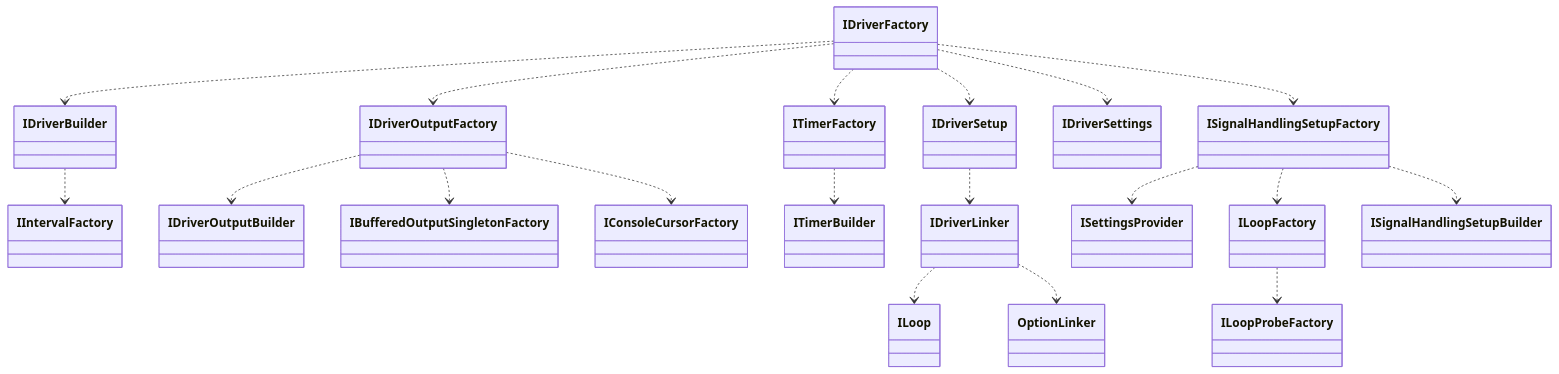
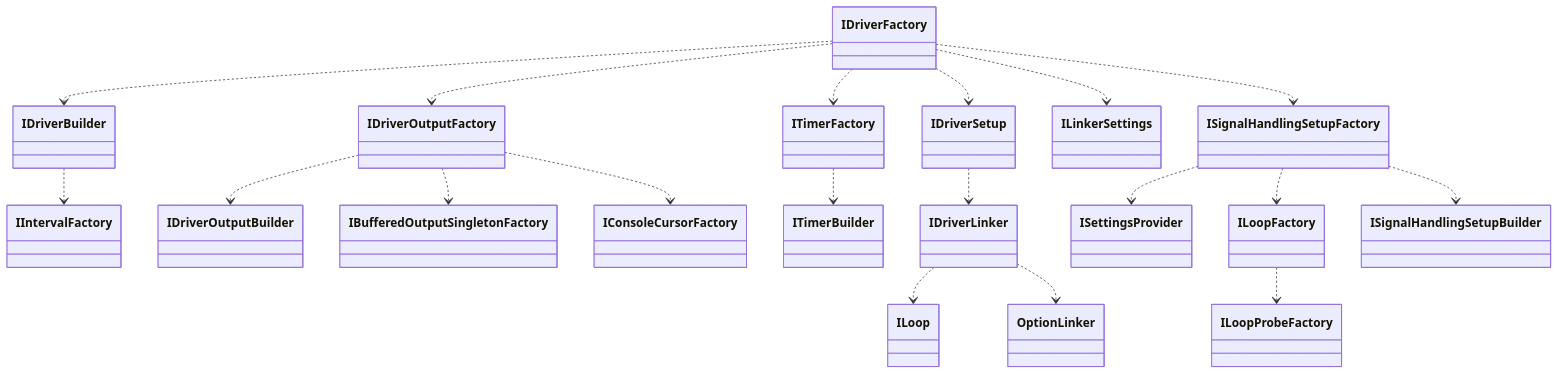
Before and after one commit to alecrabbit/php-console-spinner: the third of 4 diagrams in doc/.info/chart/services.md, drawn with Mermaid. The commit also changed 44 other files, not shown here.

````diff
--- a/doc/.info/chart/services.md
+++ b/doc/.info/chart/services.md
@@ -72,30 +72,30 @@
 ```mermaid
 classDiagram
     direction TB
     IDriverFactory ..> IDriverBuilder
     IDriverFactory ..> IDriverOutputFactory
     IDriverFactory ..> ITimerFactory
     IDriverFactory ..> IDriverSetup
-    IDriverFactory ..> IDriverSettings
+    IDriverFactory ..> ILinkerSettings
     IDriverFactory ..> ISignalHandlingSetupFactory
     
     IDriverBuilder ..> IIntervalFactory
     
     ISignalHandlingSetupFactory ..> ISettingsProvider
     ISignalHandlingSetupFactory ..> ILoopFactory
     ISignalHandlingSetupFactory ..> ISignalHandlingSetupBuilder
     
     IDriverOutputFactory ..> IDriverOutputBuilder
     IDriverOutputFactory ..> IBufferedOutputSingletonFactory
     IDriverOutputFactory ..> IConsoleCursorFactory
 
     ITimerFactory ..> ITimerBuilder
     
     IDriverSetup ..> IDriverLinker
     
     IDriverLinker ..> ILoop
     IDriverLinker ..> OptionLinker
 
     ILoopFactory ..> ILoopProbeFactory
 
 ```
````
